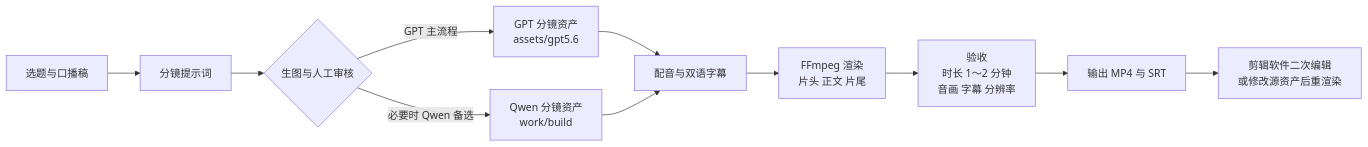
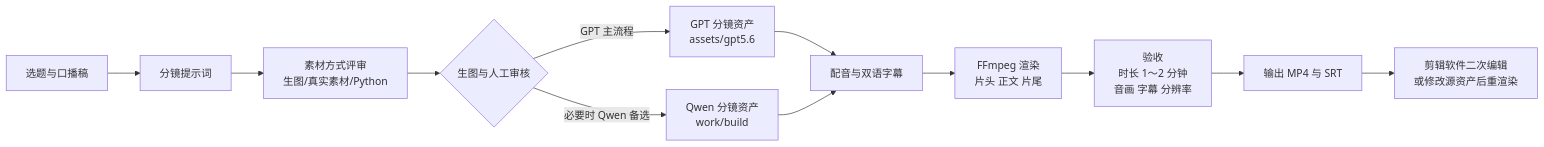
One commit to Lin-Drives/Video-Generate-Workflow changed the diagram in README.md. Above: the diagram before and after it, drawn with Mermaid. The commit also changed other lines of this file and 1 other file, not shown here.

Commit message:
新增分镜素材策略闸门：生图5/裁剪1/Python绘制3，README工作流同步

````diff
--- a/README.md
+++ b/README.md
@@ -15,13 +15,14 @@
 ```mermaid
 flowchart LR
     A[选题与口播稿] --> B[分镜提示词]
-    B --> C{生图与人工审核}
+    B --> B0[素材方式评审<br/>生图/真实素材/Python]
+    B0 --> C{生图与人工审核}
     C -->|GPT 主流程| D[GPT 分镜资产<br/>assets/gpt5.6]
     C -->|必要时 Qwen 备选| E[Qwen 分镜资产<br/>work/build]
     D --> F[配音与双语字幕]
     E --> F
     F --> G[FFmpeg 渲染<br/>片头 正文 片尾]
     G --> H[验收<br/>时长 1～2 分钟<br/>音画 字幕 分辨率]
     H --> I[输出 MP4 与 SRT]
     I --> J[剪辑软件二次编辑<br/>或修改源资产后重渲染]
 ```
````
